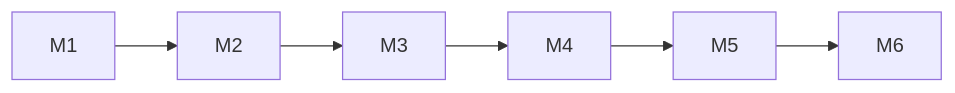
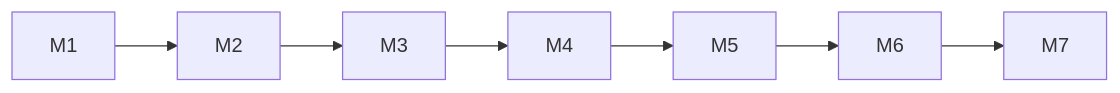
The second of 2 diagrams in docs/MILESTONES.md (nickdu2009/projex), drawn with Mermaid before and after one commit. The commit also changed other lines of this file and 21 other files, not shown here.

````diff
--- a/docs/MILESTONES.md
+++ b/docs/MILESTONES.md
@@ -296,4 +361,4 @@
 ```mermaid
 flowchart LR
-  M1 --> M2 --> M3 --> M4 --> M5 --> M6
+  M1 --> M2 --> M3 --> M4 --> M5 --> M6 --> M7
 ```
````
